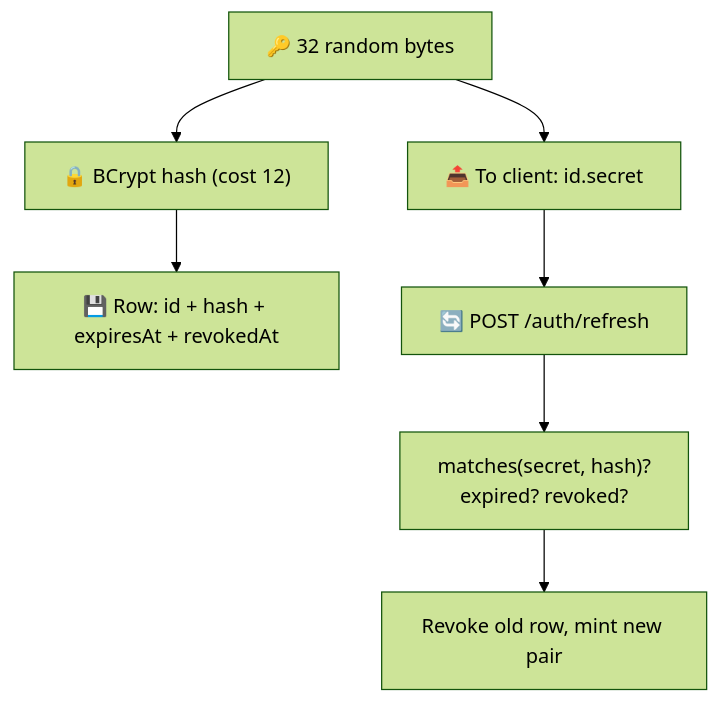
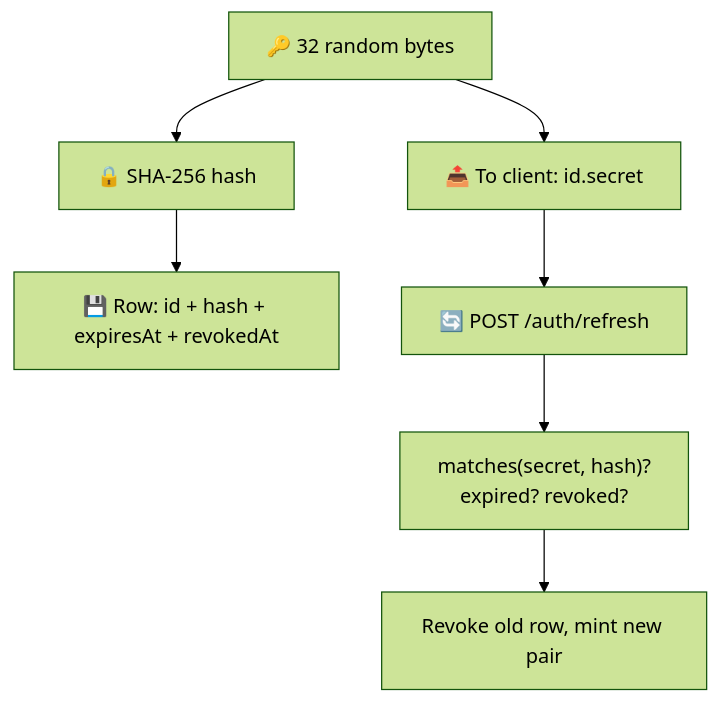
Before and after one commit to AndDev741/Beyou-arch-design: the third of 3 diagrams in architecture/security/en.md, drawn with Mermaid (forest theme). The commit also changed other lines of this file and 1 other file, not shown here.

First line of the commit message:
docs(security): refresh tokens are SHA-256 hashed; preflights cached 1 h

````diff
--- a/architecture/security/en.md
+++ b/architecture/security/en.md
@@ -189,9 +193,9 @@
 ```mermaid
 flowchart TD
-  CR["🔑 32 random bytes"] --> HASH["🔒 BCrypt hash (cost 12)"]
+  CR["🔑 32 random bytes"] --> HASH["🔒 SHA-256 hash"]
   HASH --> DB["💾 Row: id + hash + expiresAt + revokedAt"]
   CR --> OUT["📤 To client: id.secret"]
   OUT --> REF["🔄 POST /auth/refresh"]
   REF --> MATCH["matches(secret, hash)?<br/>expired? revoked?"]
   MATCH --> ROT["Revoke old row, mint new pair"]
 ```
````
